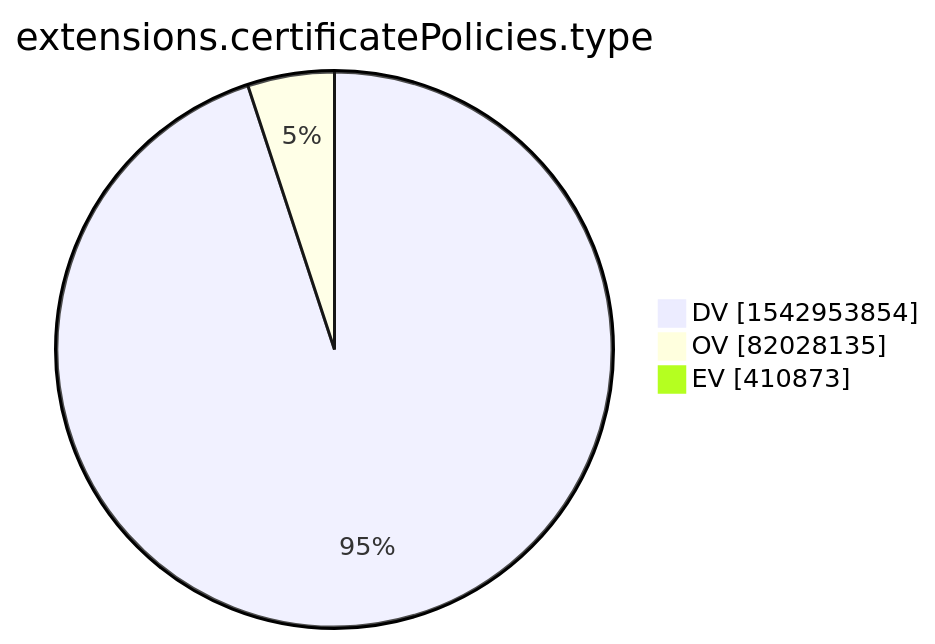
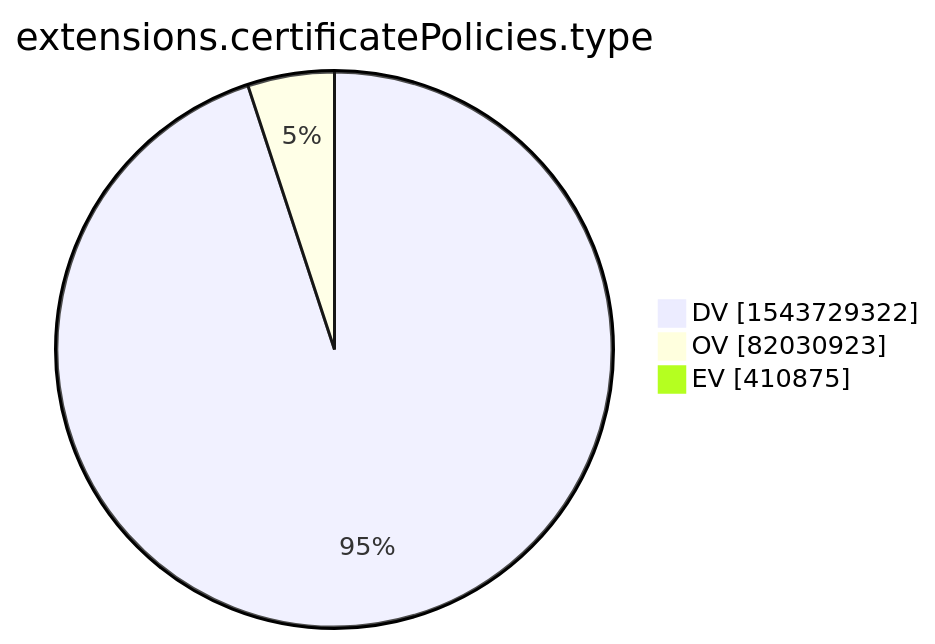
The tenth of 15 diagrams in xenon2022/README.md (christiankrug/ctmonitor_visualization), drawn with Mermaid before and after one commit. The commit also changed other lines of this file, not shown here.

````diff
--- a/xenon2022/README.md
+++ b/xenon2022/README.md
@@ -2876,7 +2876,7 @@
 ```mermaid
 pie showData
 title extensions.certificatePolicies.type
-"DV" :1542953854
-"OV" :82028135
-"EV" :410873
+"DV" :1543729322
+"OV" :82030923
+"EV" :410875
 ```
````
